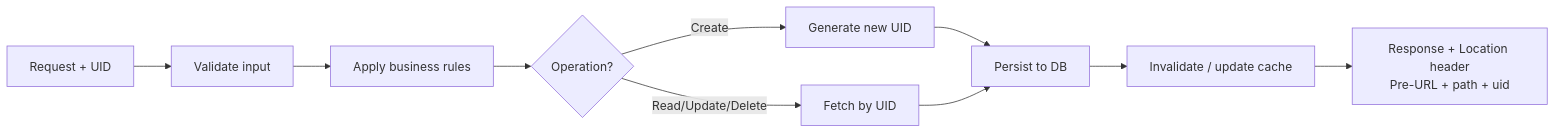
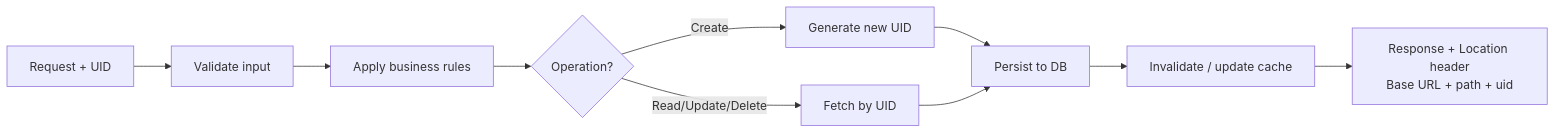
Diagram 12 of 17 in HLD/HLD-LLD-Complete-Document.md (RohanYadav1812/system-design), drawn with Mermaid before and after one commit. The commit also changed other lines of this file, not shown here.

Commit message:
Document pre-signed URLs, S3/Azure Blob usage, and Base URL distinction in HLD/LLD doc

````diff
--- a/HLD/HLD-LLD-Complete-Document.md
+++ b/HLD/HLD-LLD-Complete-Document.md
@@ -572,12 +740,12 @@
 ```mermaid
 flowchart LR
     A[Request + UID] --> B[Validate input]
     B --> C[Apply business rules]
     C --> D{Operation?}
     D -->|Create| E[Generate new UID]
     D -->|Read/Update/Delete| F[Fetch by UID]
     E --> G[Persist to DB]
     F --> G
     G --> H[Invalidate / update cache]
-    H --> I["Response + Location header<br/>Pre-URL + path + uid"]
+    H --> I["Response + Location header<br/>Base URL + path + uid"]
 ```
````
